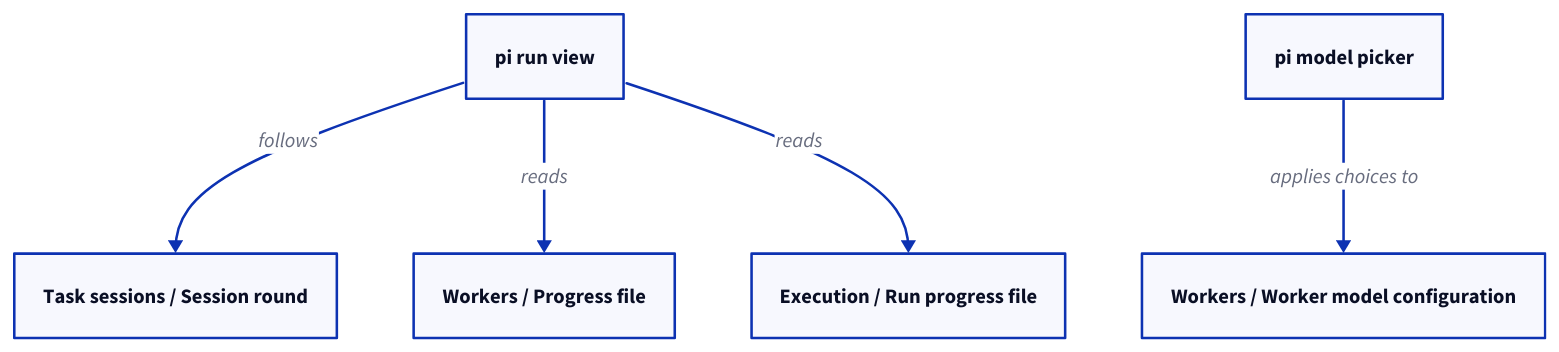
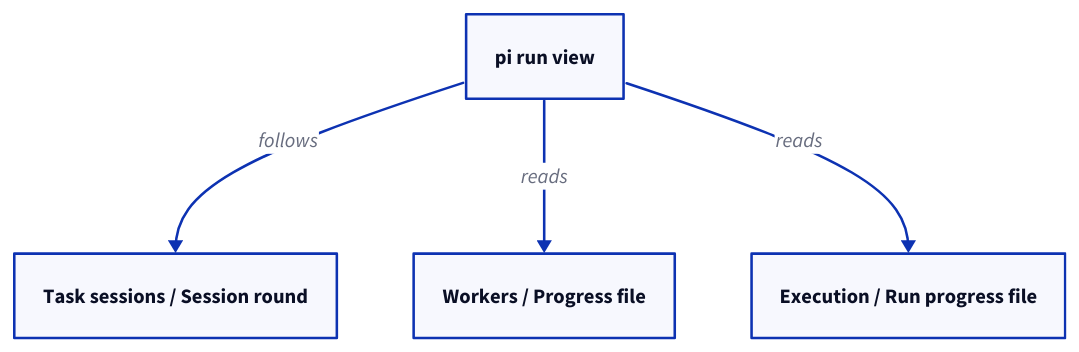
Before and after one commit to FTOD/concorde: the fourth of 4 diagrams in specs/concorde/coordination/main-session/module.md, drawn with D2. The commit also changed other lines of this file and 92 other files, not shown here.

First line of the commit message:
Track the worker configuration in .concorde/workers.json; fix the registry path

````diff
--- a/specs/concorde/coordination/main-session/module.md
+++ b/specs/concorde/coordination/main-session/module.md
@@ -544,12 +518,9 @@
 ```d2
 view: pi run view
-picker: pi model picker
 round: Task sessions / Session round
 wprogress: Workers / Progress file
 rprogress: Execution / Run progress file
-configuration: Workers / Worker model configuration
 view -> round: follows
 view -> wprogress: reads
 view -> rprogress: reads
-picker -> configuration: applies choices to
 ```
````
